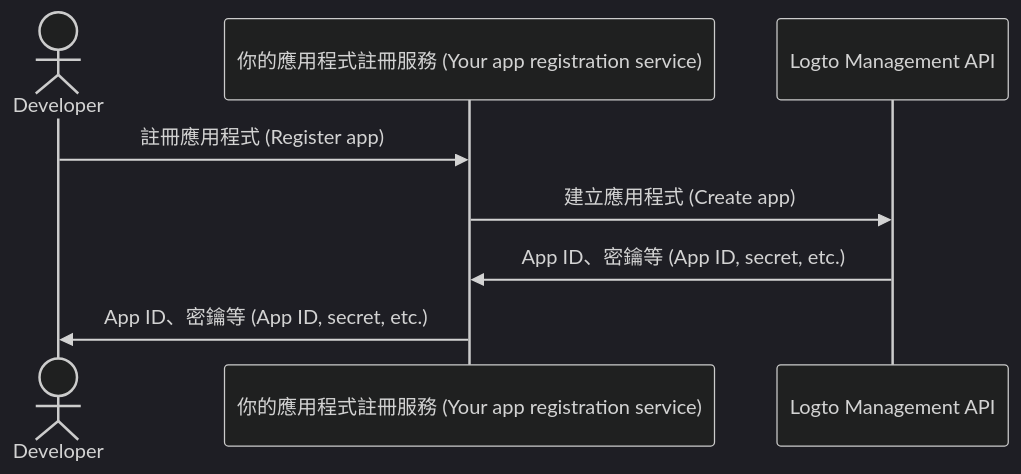
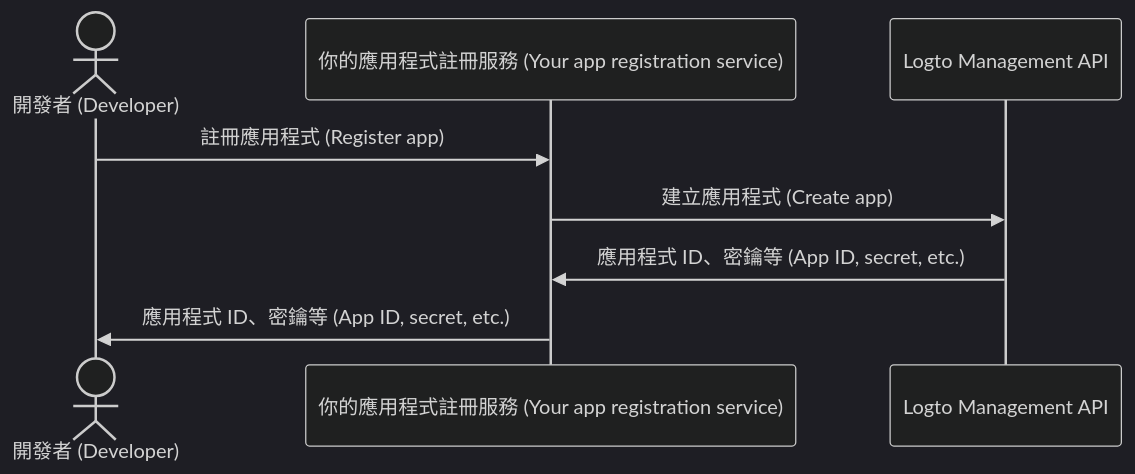
Before and after one commit to logto-io/docs: the first of 2 diagrams in i18n/zh-TW/docusaurus-plugin-content-docs/current/use-cases/ai/fragments/_configure-third-party-ai-agent.mdx, drawn with Mermaid (dark theme). The commit also changed other lines of this file and 71 other files, not shown here.

````diff
--- a/i18n/zh-TW/docusaurus-plugin-content-docs/current/use-cases/ai/fragments/_configure-third-party-ai-agent.mdx
+++ b/i18n/zh-TW/docusaurus-plugin-content-docs/current/use-cases/ai/fragments/_configure-third-party-ai-agent.mdx
@@ -19,10 +25,10 @@
 ```mermaid
 sequenceDiagram
-  actor Developer
+  actor Developer as 開發者 (Developer)
   participant Server as 你的應用程式註冊服務 (Your app registration service)
   participant Logto as Logto Management API
   Developer->>Server: 註冊應用程式 (Register app)
   Server->>Logto: 建立應用程式 (Create app)
-  Logto->>Server: App ID、密鑰等 (App ID, secret, etc.)
-  Server->>Developer: App ID、密鑰等 (App ID, secret, etc.)
+  Logto->>Server: 應用程式 ID、密鑰等 (App ID, secret, etc.)
+  Server->>Developer: 應用程式 ID、密鑰等 (App ID, secret, etc.)
 ```
````
